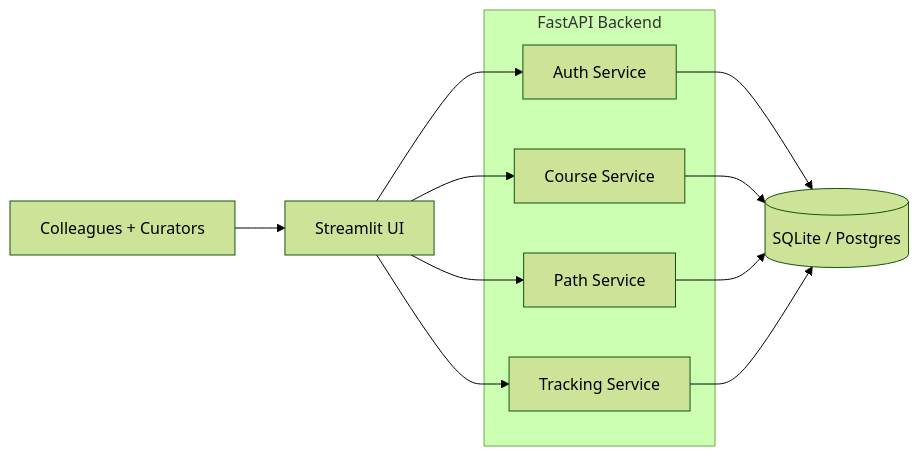
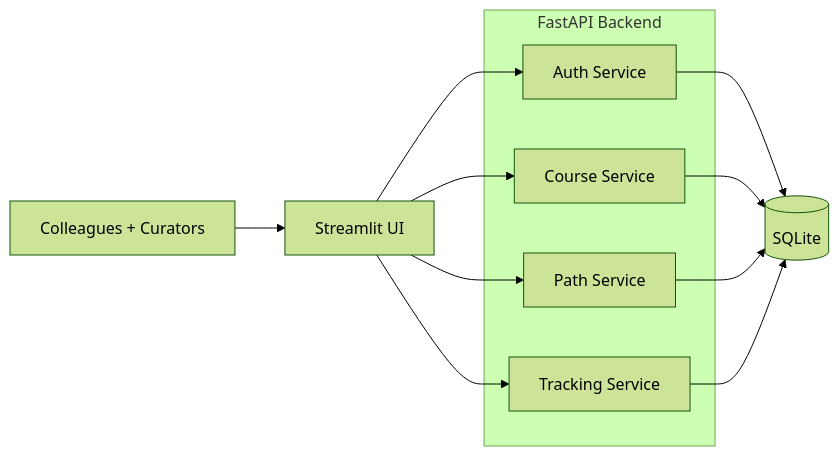
The diagram in architecture.md (JustinMelger/Upstream), drawn with Mermaid (forest theme) before and after one commit. The commit also changed other lines of this file and 1 other file, not shown here.

````diff
--- a/architecture.md
+++ b/architecture.md
@@ -12,22 +12,22 @@
 ```mermaid
 flowchart LR
   Users[Colleagues + Curators] --> UI[Streamlit UI]
 
   subgraph API[FastAPI Backend]
     Auth[Auth Service]
     Courses[Course Service]
     Paths[Path Service]
     Tracking[Tracking Service]
   end
 
   UI --> Auth
   UI --> Courses
   UI --> Paths
   UI --> Tracking
 
-  DB[(SQLite / Postgres)]
+  DB[(SQLite)]
   Auth --> DB
   Courses --> DB
   Paths --> DB
   Tracking --> DB
 ```
````
